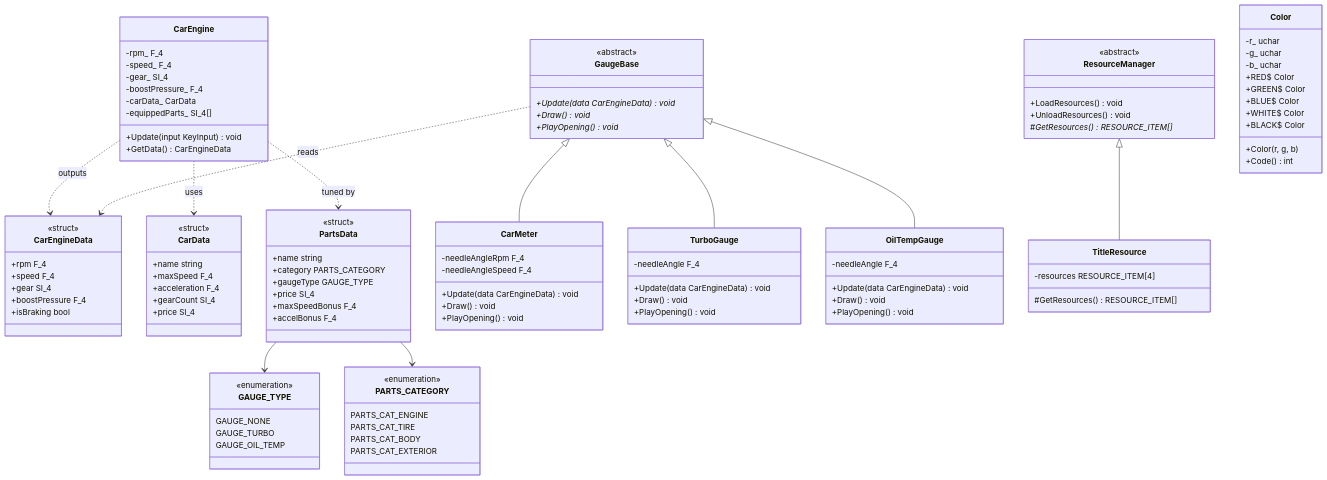
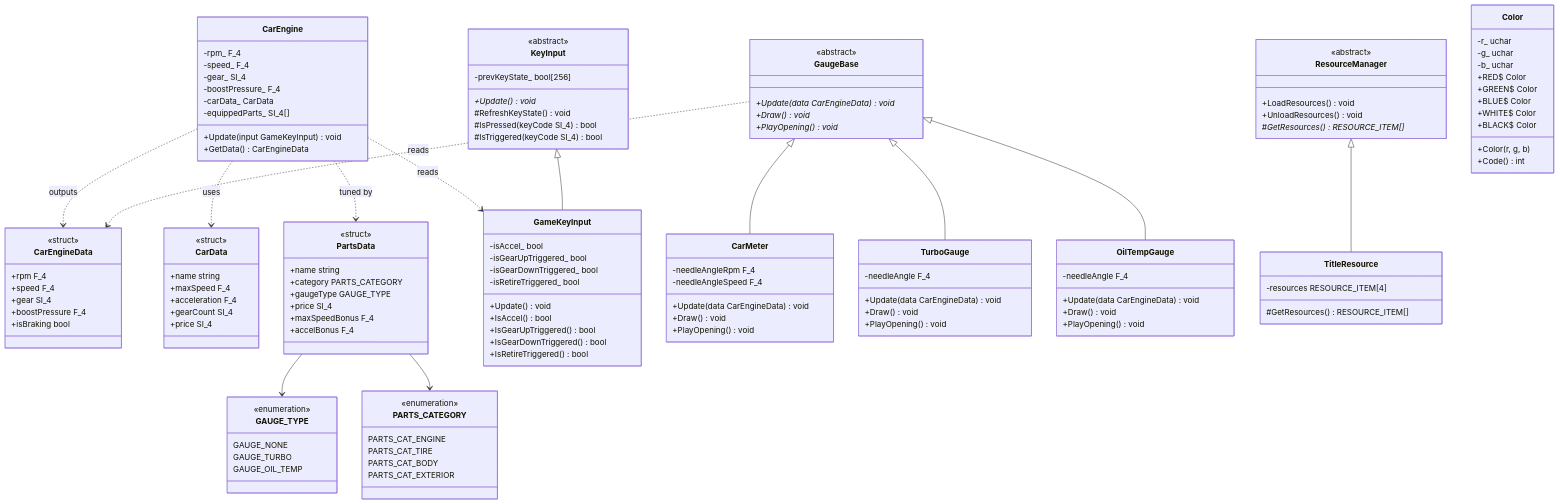
Before and after one commit to asukamekaru98/DragRaceGame2D: the diagram in spec/uml/diagrams/class.md, drawn with Mermaid. The commit also changed 8 other files, not shown here.

```diff
--- a/spec/uml/diagrams/class.md
+++ b/spec/uml/diagrams/class.md
@@ -17,13 +17,38 @@
         -boostPressure_ F_4
         -carData_ CarData
         -equippedParts_ SI_4[]
-        +Update(input KeyInput) void
+        +Update(input GameKeyInput) void
         +GetData() CarEngineData
     }
 
     CarEngine ..> CarData       : uses
     CarEngine ..> PartsData     : tuned by
     CarEngine ..> CarEngineData : outputs
+    CarEngine ..> GameKeyInput  : reads
+
+    %% ===== 入力層 =====
+    class KeyInput {
+        <<abstract>>
+        -prevKeyState_ bool[256]
+        +Update()* void
+        #RefreshKeyState() void
+        #IsPressed(keyCode SI_4) bool
+        #IsTriggered(keyCode SI_4) bool
+    }
+
+    class GameKeyInput {
+        -isAccel_ bool
+        -isGearUpTriggered_ bool
+        -isGearDownTriggered_ bool
+        -isRetireTriggered_ bool
+        +Update() void
+        +IsAccel() bool
+        +IsGearUpTriggered() bool
+        +IsGearDownTriggered() bool
+        +IsRetireTriggered() bool
+    }
+
+    KeyInput <|-- GameKeyInput
 
     %% ===== メーター層 =====
     class GaugeBase {
```
